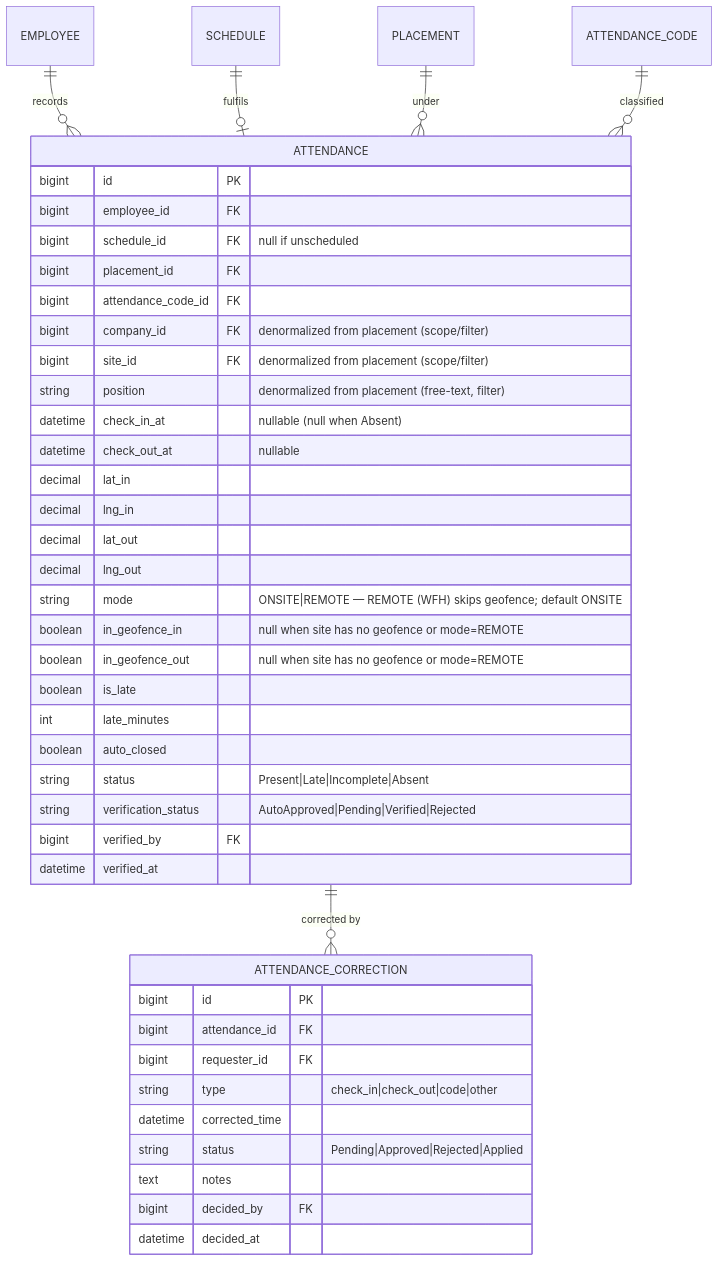
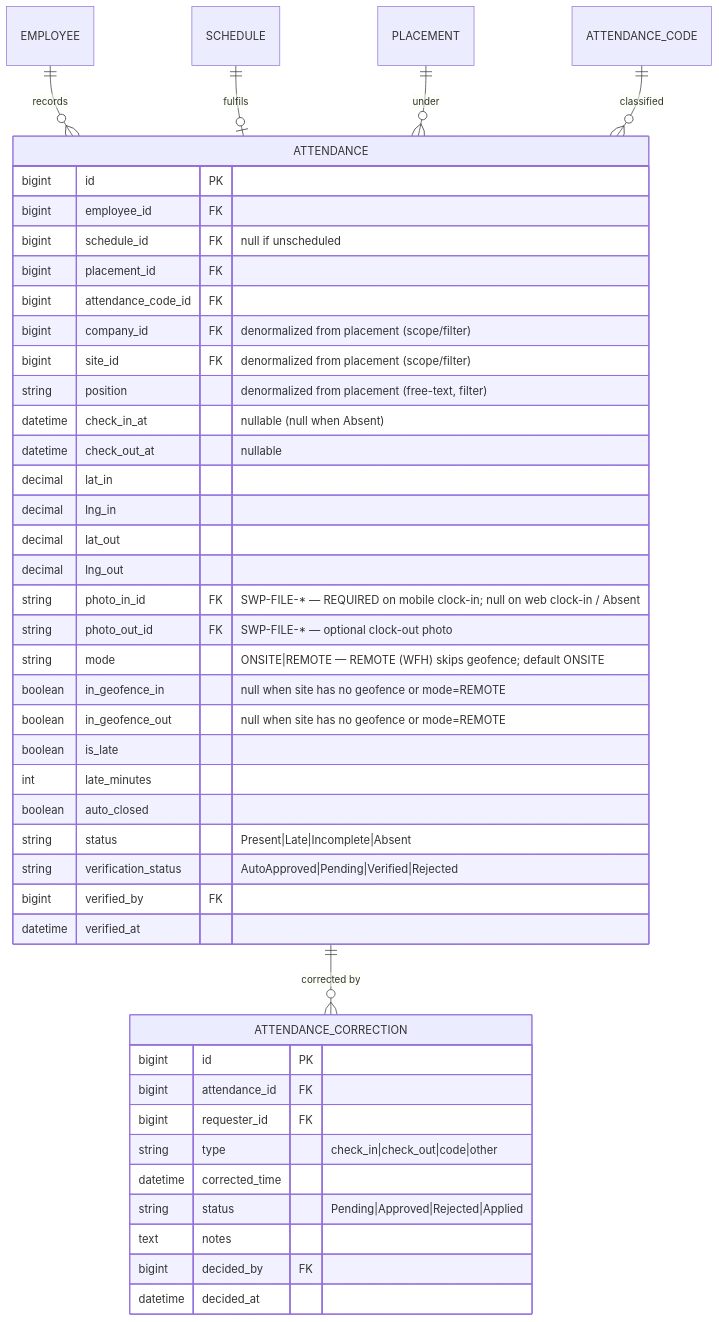
One commit to hariszaki17/hris-outsource changed the first of 8 diagrams in docs/epics/E5-attendance/FEATURE.md. Above: the diagram before and after it, drawn with Mermaid. The commit also changed other lines of this file and 3 other files, not shown here.

First line of the commit message:
docs(e5): clock-in photo required on mobile, web exempt

````diff
--- a/docs/epics/E5-attendance/FEATURE.md
+++ b/docs/epics/E5-attendance/FEATURE.md
@@ -28,46 +28,48 @@
 ```mermaid
 erDiagram
     EMPLOYEE ||--o{ ATTENDANCE : "records"
     SCHEDULE ||--o| ATTENDANCE : "fulfils"
     PLACEMENT ||--o{ ATTENDANCE : "under"
     ATTENDANCE_CODE ||--o{ ATTENDANCE : "classified"
     ATTENDANCE ||--o{ ATTENDANCE_CORRECTION : "corrected by"
 
     ATTENDANCE {
         bigint id PK
         bigint employee_id FK
         bigint schedule_id FK "null if unscheduled"
         bigint placement_id FK
         bigint attendance_code_id FK
         bigint company_id FK "denormalized from placement (scope/filter)"
         bigint site_id FK "denormalized from placement (scope/filter)"
         string position "denormalized from placement (free-text, filter)"
         datetime check_in_at "nullable (null when Absent)"
         datetime check_out_at "nullable"
         decimal lat_in
         decimal lng_in
         decimal lat_out
         decimal lng_out
+        string photo_in_id FK "SWP-FILE-* — REQUIRED on mobile clock-in; null on web clock-in / Absent"
+        string photo_out_id FK "SWP-FILE-* — optional clock-out photo"
         string mode "ONSITE|REMOTE — REMOTE (WFH) skips geofence; default ONSITE"
         boolean in_geofence_in "null when site has no geofence or mode=REMOTE"
         boolean in_geofence_out "null when site has no geofence or mode=REMOTE"
         boolean is_late
         int late_minutes
         boolean auto_closed
         string status "Present|Late|Incomplete|Absent"
         string verification_status "AutoApproved|Pending|Verified|Rejected"
         bigint verified_by FK
         datetime verified_at
     }
     ATTENDANCE_CORRECTION {
         bigint id PK
         bigint attendance_id FK
         bigint requester_id FK
         string type "check_in|check_out|code|other"
         datetime corrected_time
         string status "Pending|Approved|Rejected|Applied"
         text notes
         bigint decided_by FK
         datetime decided_at
     }
 ```
````
